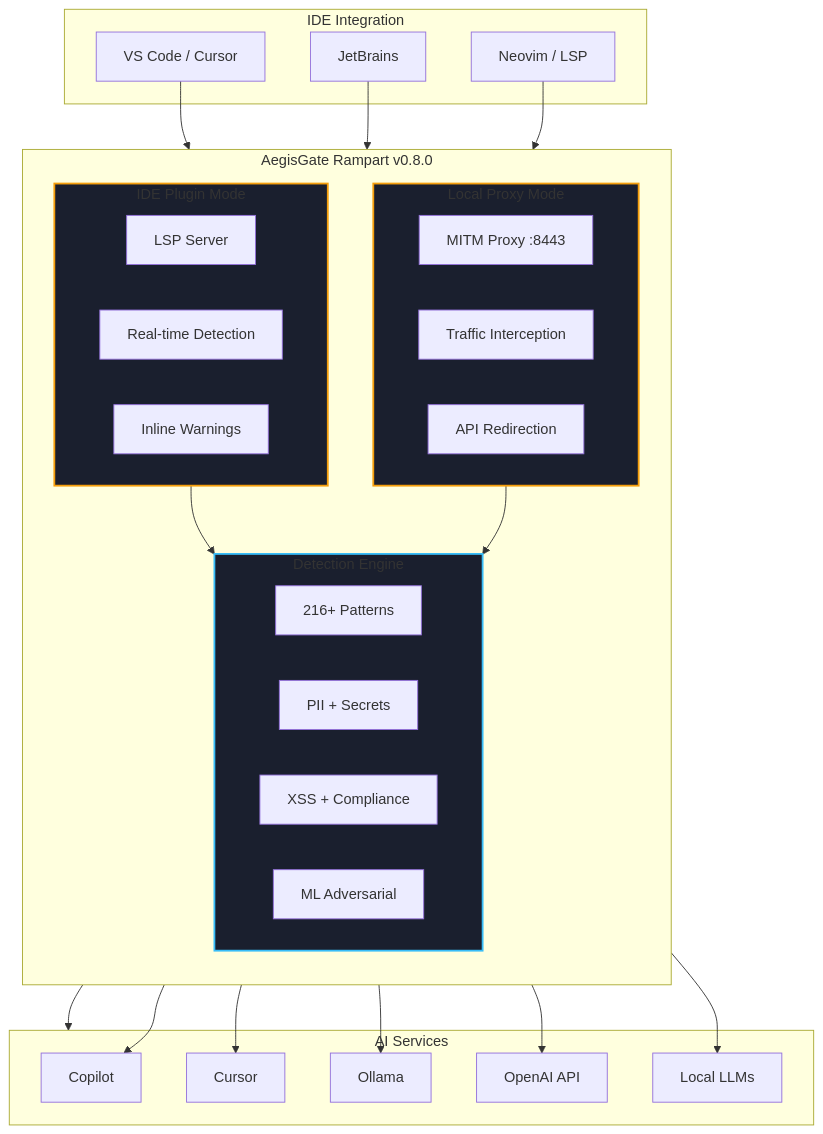
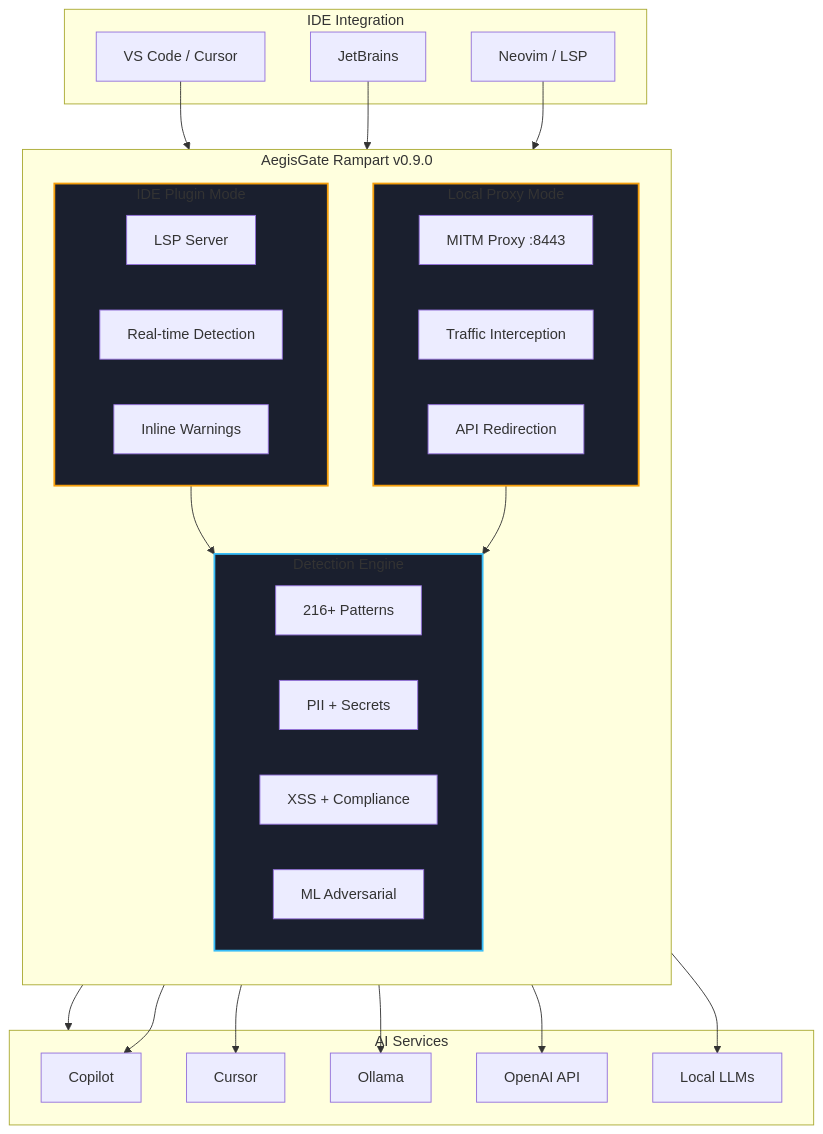
One commit to aegisgatesecurity/aegisgate-site changed the first of 3 diagrams in content/rampart/_index.md. Above: the diagram before and after it, drawn with Mermaid. The commit also changed other lines of this file and 26 other files, not shown here.

```diff
--- a/content/rampart/_index.md
+++ b/content/rampart/_index.md
@@ -77,57 +77,57 @@
 {{< mermaid >}}
 flowchart TD
     subgraph IDE["IDE Integration"]
         VS[VS Code / Cursor]
         JB[JetBrains]
         NV[Neovim / LSP]
     end
 
-    subgraph Rampart["AegisGate Rampart v0.8.0"]
+    subgraph Rampart["AegisGate Rampart v0.9.0"]
         direction TB
         
         subgraph PluginMode["IDE Plugin Mode"]
             PM1[LSP Server]
             PM2[Real-time Detection]
             PM3[Inline Warnings]
         end
         
         subgraph ProxyMode["Local Proxy Mode"]
             PX1[MITM Proxy :8443]
             PX2[Traffic Interception]
             PX3[API Redirection]
         end
         
         subgraph Engine["Detection Engine"]
             E1[216+ Patterns]
             E2[PII + Secrets]
             E3[XSS + Compliance]
             E4[ML Adversarial]
         end
     end
 
     subgraph AI["AI Services"]
         A[Copilot]
         B[Cursor]
         C[Ollama]
         D[OpenAI API]
         E[Local LLMs]
     end
 
     VS --> PluginMode
     JB --> PluginMode
     NV --> PluginMode
     
     PluginMode --> Engine
     ProxyMode --> Engine
     
     PluginMode --> AI
     ProxyMode --> A
     ProxyMode --> B
     ProxyMode --> C
     ProxyMode --> D
     ProxyMode --> E
 
     style PluginMode fill:#1a1f2e,stroke:#f59e0b,stroke-width:2px
     style ProxyMode fill:#1a1f2e,stroke:#f59e0b,stroke-width:2px
     style Engine fill:#1a1f2e,stroke:#38bdf8,stroke-width:2px
 {{< /mermaid >}}
```
